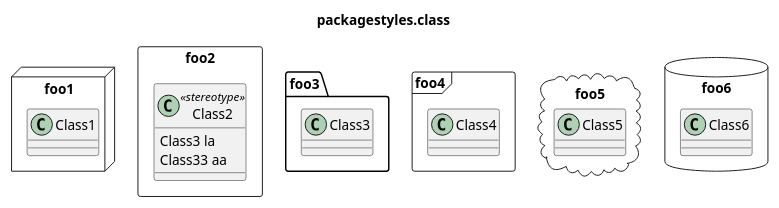
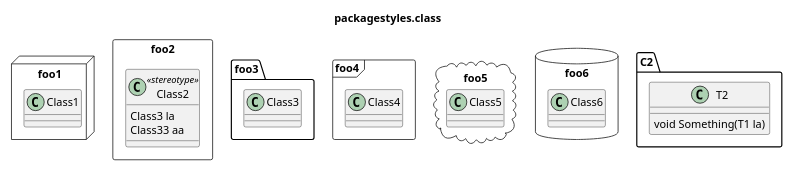
One commit to AnQueth/PlantUMLEditor changed the diagram in testdocs/packagestyles.class.puml. Above: the diagram before and after it, drawn with PlantUML. The commit also changed 10 other files, not shown here.

```diff
--- a/testdocs/packagestyles.class.puml
+++ b/testdocs/packagestyles.class.puml
@@ -1,38 +1,45 @@
 @startuml
 
 title packagestyles.class
 
 scale 750 width
 package foo1 <<Node>> {
     class Class1 {
     }
 }
 
 package foo2 <<Rectangle>> {
     class Class2 <<stereotype>> {
         Class3 la
         Class33 aa
     }
 }
 
 package foo3 <<Folder>> {
     class Class3 {
     }
 }
 
 package foo4 <<Frame>> {
     class Class4 {
     }
 }
 
 package foo5 <<Cloud>> {
     class Class5 {
     }
-}
+} 
 
 package foo6 <<Database>> {
     class Class6 {
     }
 }
 
+
+package C2 {
+  class T2 {
+    void Something(T1 la)
+    }
+  }
+
 @enduml
```
